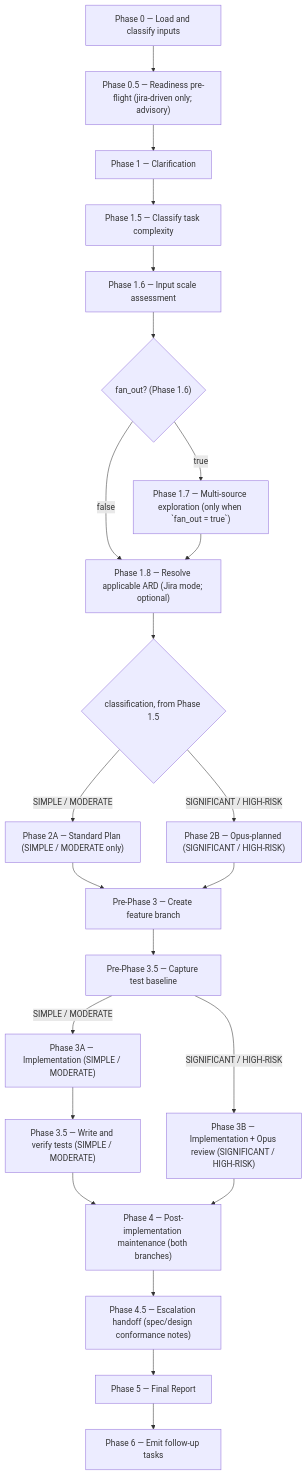
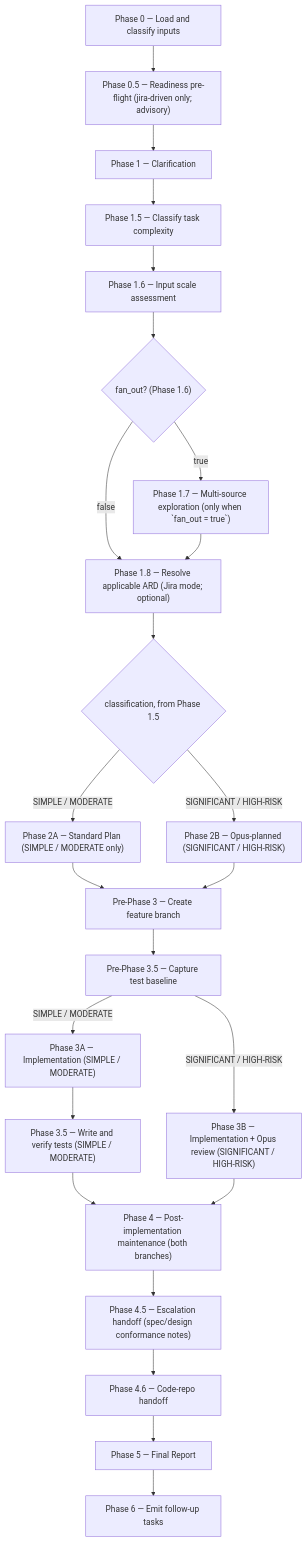
One commit to ihudak/ihudak-copilot-plugins changed the diagram in dev-workflows/docs/skills/implement.md. Above: the diagram before and after it, drawn with Mermaid. The commit also changed other lines of this file and 13 other files, not shown here.

````diff
--- a/dev-workflows/docs/skills/implement.md
+++ b/dev-workflows/docs/skills/implement.md
@@ -17,25 +17,26 @@
 ```mermaid
 flowchart TD
     p0["Phase 0 — Load and classify inputs"] --> p05["Phase 0.5 — Readiness pre-flight (jira-driven only; advisory)"]
     p05 --> p1["Phase 1 — Clarification"]
     p1 --> p15["Phase 1.5 — Classify task complexity"]
     p15 --> p16["Phase 1.6 — Input scale assessment"]
     p16 --> d1{"fan_out? (Phase 1.6)"}
     d1 -- "true" --> p17["Phase 1.7 — Multi-source exploration (only when `fan_out = true`)"]
     d1 -- "false" --> p18["Phase 1.8 — Resolve applicable ARD (Jira mode; optional)"]
     p17 --> p18
     p18 --> d2{"classification, from Phase 1.5"}
     d2 -- "SIMPLE / MODERATE" --> p2a["Phase 2A — Standard Plan (SIMPLE / MODERATE only)"]
     d2 -- "SIGNIFICANT / HIGH-RISK" --> p2b["Phase 2B — Opus-planned (SIGNIFICANT / HIGH-RISK)"]
     p2a --> prep3["Pre-Phase 3 — Create feature branch"]
     p2b --> prep3
     prep3 --> prep35["Pre-Phase 3.5 — Capture test baseline"]
     prep35 -- "SIMPLE / MODERATE" --> p3a["Phase 3A — Implementation (SIMPLE / MODERATE)"]
     prep35 -- "SIGNIFICANT / HIGH-RISK" --> p3b["Phase 3B — Implementation + Opus review (SIGNIFICANT / HIGH-RISK)"]
     p3a --> p35["Phase 3.5 — Write and verify tests (SIMPLE / MODERATE)"]
     p35 --> p4["Phase 4 — Post-implementation maintenance (both branches)"]
     p3b --> p4
     p4 --> p45["Phase 4.5 — Escalation handoff (spec/design conformance notes)"]
-    p45 --> p5["Phase 5 — Final Report"]
+    p45 --> p46["Phase 4.6 — Code-repo handoff"]
+    p46 --> p5["Phase 5 — Final Report"]
     p5 --> p6["Phase 6 — Emit follow-up tasks"]
 ```
````
